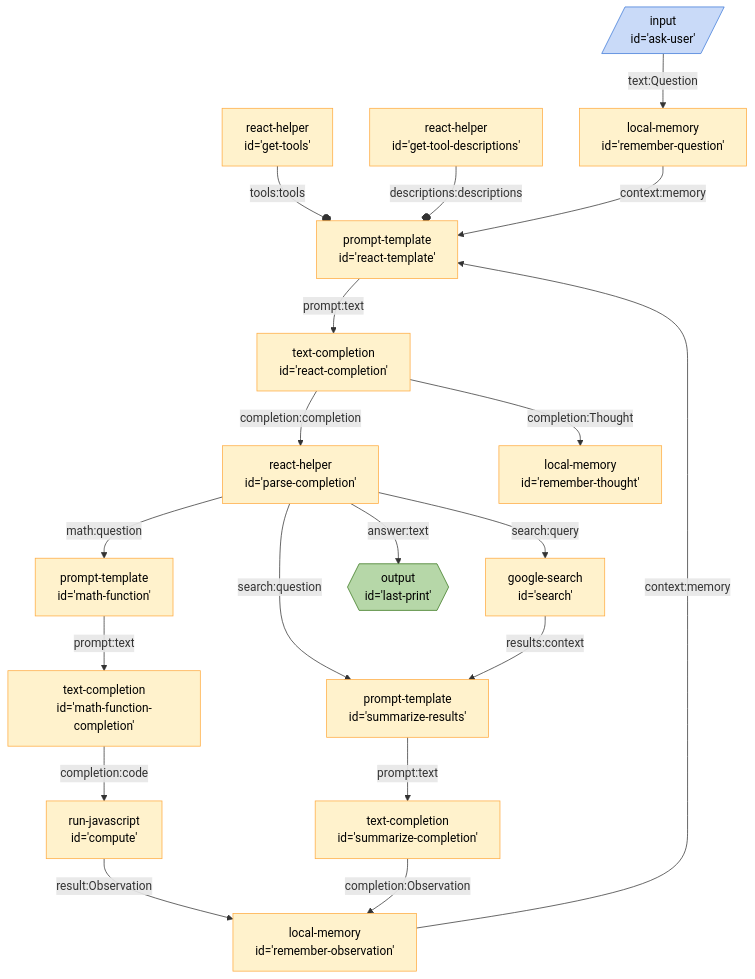
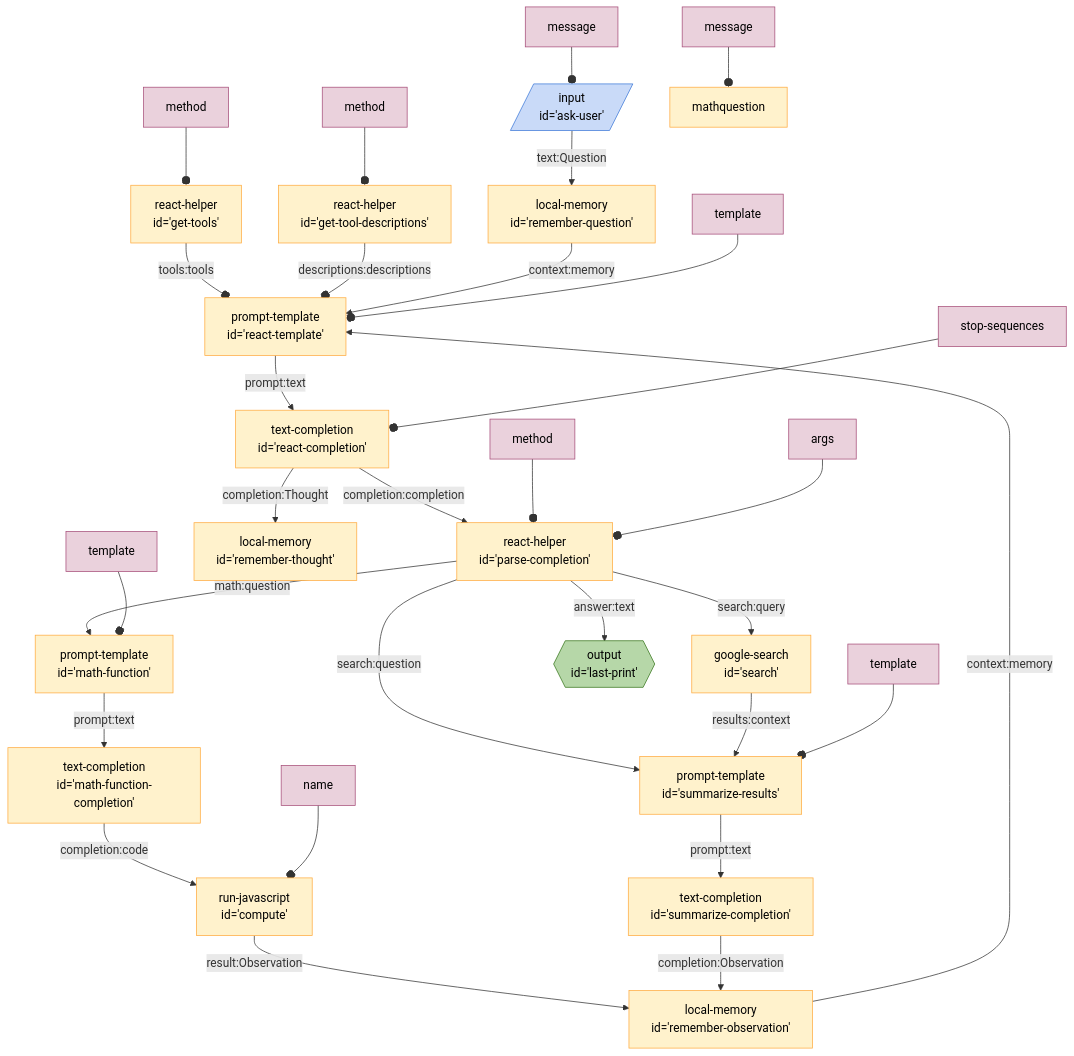
Before and after one commit to breadboard-ai/breadboard: the diagram in seeds/graph-playground/docs/graphs/react.md, drawn with Mermaid. The commit also changed 15 other files, not shown here.

First line of the commit message:
[graphs] Show `configuration` as constants.

````diff
--- a/seeds/graph-playground/docs/graphs/react.md
+++ b/seeds/graph-playground/docs/graphs/react.md
@@ -4,64 +4,76 @@
 ```mermaid
 %%{init: 'themeVariables': { 'fontFamily': 'Fira Code, monospace' }}%%
 graph TD;
 gettools["react-helper
 id='get-tools'"] -- tools:tools --o reacttemplate["prompt-template
 id='react-template'"]
 gettooldescriptions["react-helper
 id='get-tool-descriptions'"] -- descriptions:descriptions --o reacttemplate["prompt-template
 id='react-template'"]
 askuser[/"input
 id='ask-user'"/]:::input -- text:Question --> rememberquestion["local-memory
 id='remember-question'"]
 rememberquestion["local-memory
 id='remember-question'"] -- context:memory --> reacttemplate["prompt-template
 id='react-template'"]
 reacttemplate["prompt-template
 id='react-template'"] -- prompt:text --> reactcompletion["text-completion
 id='react-completion'"]
 reactcompletion["text-completion
 id='react-completion'"] -- completion:completion --> parsecompletion["react-helper
 id='parse-completion'"]
 reactcompletion["text-completion
 id='react-completion'"] -- completion:Thought --> rememberthought["local-memory
 id='remember-thought'"]
 parsecompletion["react-helper
 id='parse-completion'"] -- search:query --> search["google-search
 id='search'"]
 parsecompletion["react-helper
 id='parse-completion'"] -- math:question --> mathfunction["prompt-template
 id='math-function'"]
 parsecompletion["react-helper
 id='parse-completion'"] -- search:question --> summarizeresults["prompt-template
 id='summarize-results'"]
 search["google-search
 id='search'"] -- results:context --> summarizeresults["prompt-template
 id='summarize-results'"]
 summarizeresults["prompt-template
 id='summarize-results'"] -- prompt:text --> summarizecompletion["text-completion
 id='summarize-completion'"]
 mathfunction["prompt-template
 id='math-function'"] -- prompt:text --> mathfunctioncompletion["text-completion
 id='math-function-completion'"]
 mathfunctioncompletion["text-completion
 id='math-function-completion'"] -- completion:code --> compute["run-javascript
 id='compute'"]
 compute["run-javascript
 id='compute'"] -- result:Observation --> rememberobservation["local-memory
 id='remember-observation'"]
 summarizecompletion["text-completion
 id='summarize-completion'"] -- completion:Observation --> rememberobservation["local-memory
 id='remember-observation'"]
 rememberobservation["local-memory
 id='remember-observation'"] -- context:memory --> reacttemplate["prompt-template
 id='react-template'"]
 parsecompletion["react-helper
 id='parse-completion'"] -- answer:text --> lastprint{{"output
 id='last-print'"}}:::output
+templatereacttemplate[template]:::config --o reacttemplate
+messageaskuser[message]:::config --o askuser
+stopsequencesreactcompletion[stop-sequences]:::config --o reactcompletion
+methodgettools[method]:::config --o gettools
+methodgettooldescriptions[method]:::config --o gettooldescriptions
+methodparsecompletion[method]:::config --o parsecompletion
+argsparsecompletion[args]:::config --o parsecompletion
+templatesummarizeresults[template]:::config --o summarizeresults
+messagemathquestion[message]:::config --o mathquestion
+templatemathfunction[template]:::config --o mathfunction
+namecompute[name]:::config --o compute
 classDef default stroke:#ffab40,fill:#fff2ccff,color:#000
 classDef input stroke:#3c78d8,fill:#c9daf8ff,color:#000
 classDef output stroke:#38761d,fill:#b6d7a8ff,color:#000
 classDef passthrough stroke:#a64d79,fill:#ead1dcff,color:#000
 classDef slot stroke:#a64d79,fill:#ead1dcff,color:#000
+classDef config stroke:#a64d79,fill:#ead1dcff,color:#000
 classDef slotted stroke:#a64d79
 ```
````
